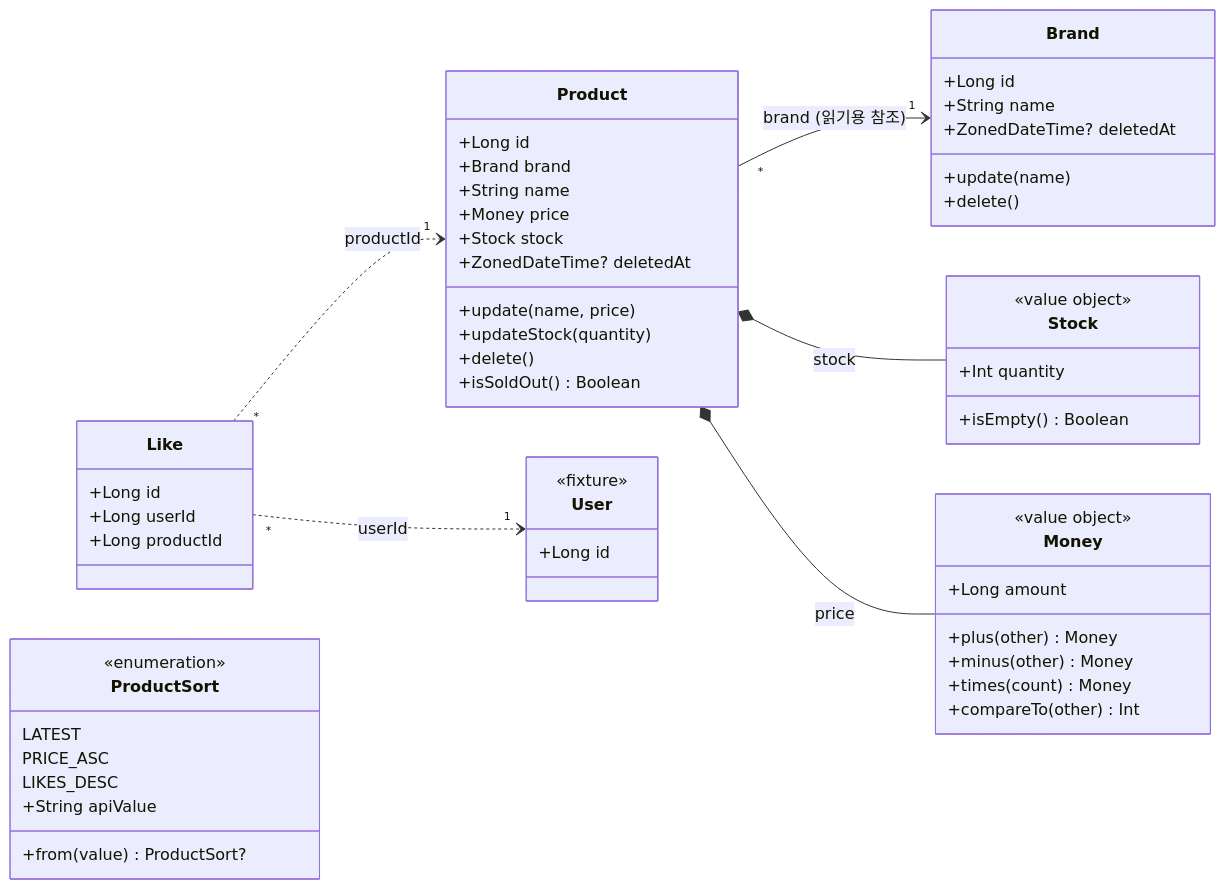
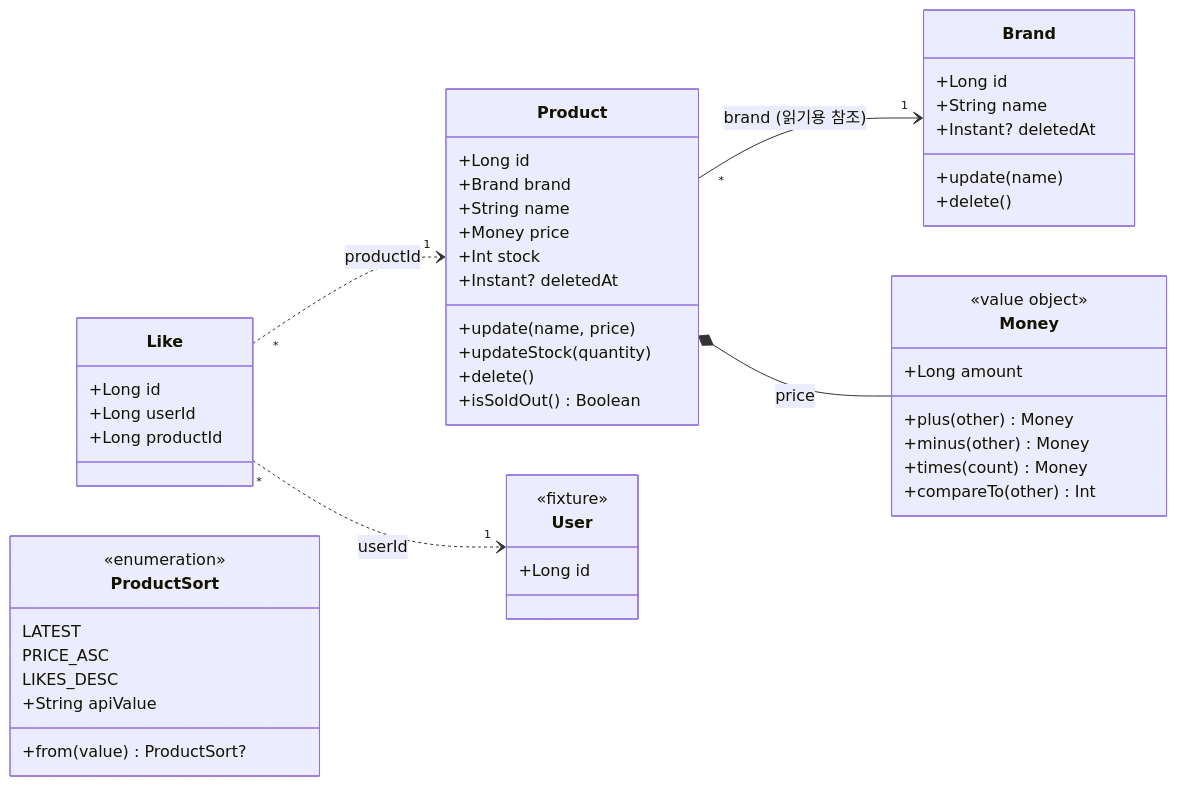
The second of 3 diagrams in docs/design/catalog.md (giwankim/loop-pack-be-l2-vol5-kotlin), drawn with Mermaid before and after one commit. The commit also changed other lines of this file and 356 other files, not shown here.

````diff
--- a/docs/design/catalog.md
+++ b/docs/design/catalog.md
@@ -55,66 +70,59 @@
 ```mermaid
 classDiagram
     direction LR
 
     class Brand {
         +Long id
         +String name
-        +ZonedDateTime? deletedAt
+        +Instant? deletedAt
         +update(name)
         +delete()
     }
 
     class Product {
         +Long id
         +Brand brand
         +String name
         +Money price
-        +Stock stock
-        +ZonedDateTime? deletedAt
+        +Int stock
+        +Instant? deletedAt
         +update(name, price)
         +updateStock(quantity)
         +delete()
         +isSoldOut() Boolean
-    }
-
-    class Stock {
-        <<value object>>
-        +Int quantity
-        +isEmpty() Boolean
     }
 
     class Money {
         <<value object>>
         +Long amount
         +plus(other) Money
         +minus(other) Money
         +times(count) Money
         +compareTo(other) Int
     }
 
     class Like {
         +Long id
         +Long userId
         +Long productId
     }
 
     class User {
         <<fixture>>
         +Long id
     }
 
     class ProductSort {
         <<enumeration>>
         LATEST
         PRICE_ASC
         LIKES_DESC
         +String apiValue
         +from(value) ProductSort?
     }
 
     Product "*" --> "1" Brand : brand (읽기용 참조)
-    Product *-- Stock : stock
     Product *-- Money : price
     Like "*" ..> "1" Product : productId
     Like "*" ..> "1" User : userId
 ```
````
